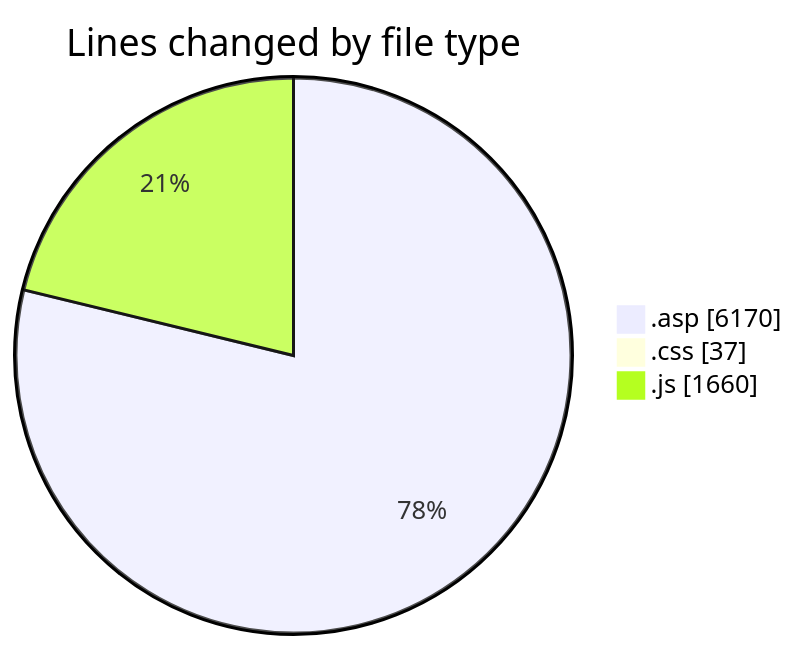
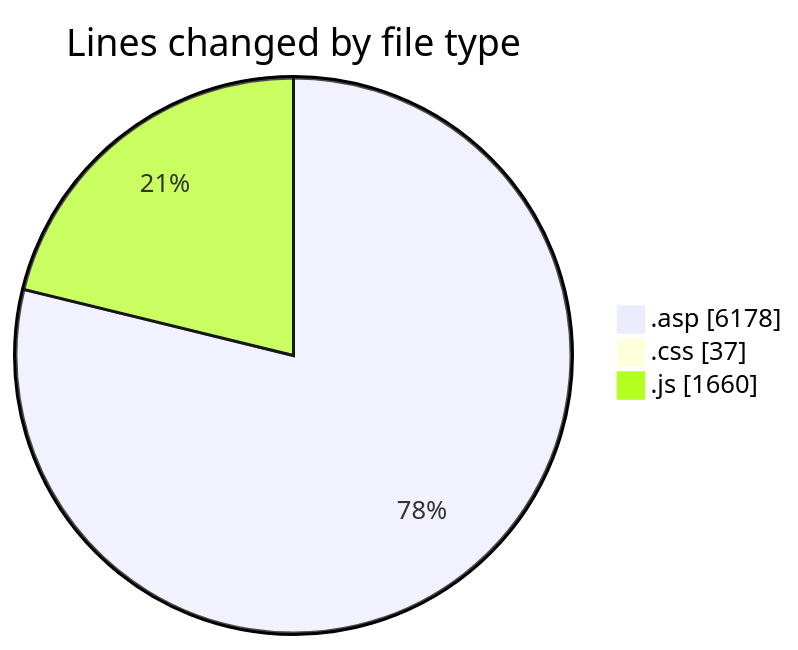
Before and after one commit to julien-gomy/code-tracking: the first of 2 diagrams in 2025-11-02/cdp_aleoudev_fr__workspace_/README.md, drawn with Mermaid. The commit also changed other lines of this file and 1 other file, not shown here.

````diff
--- a/2025-11-02/cdp_aleoudev_fr__workspace_/README.md
+++ b/2025-11-02/cdp_aleoudev_fr__workspace_/README.md
@@ -26,7 +26,7 @@
 ```mermaid
 pie showData
 title Lines changed by file type
-".asp" : 6170
+".asp" : 6178
 ".css" : 37
 ".js" : 1660
 ```
````
